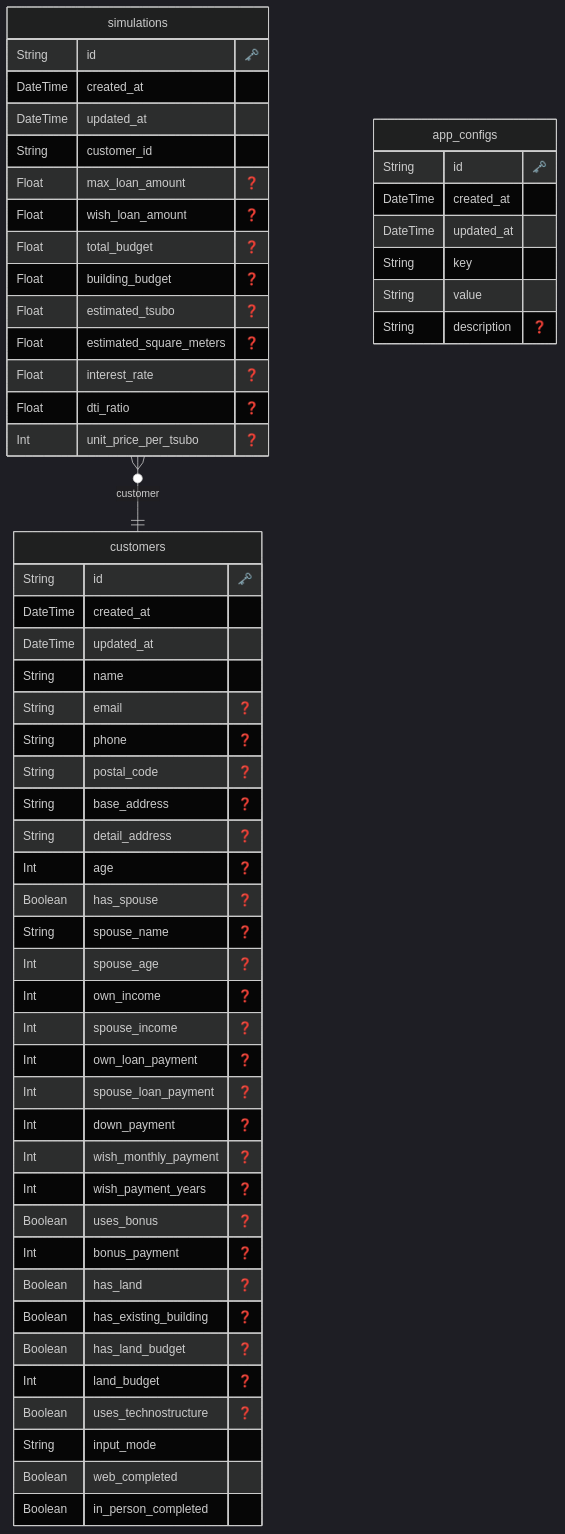
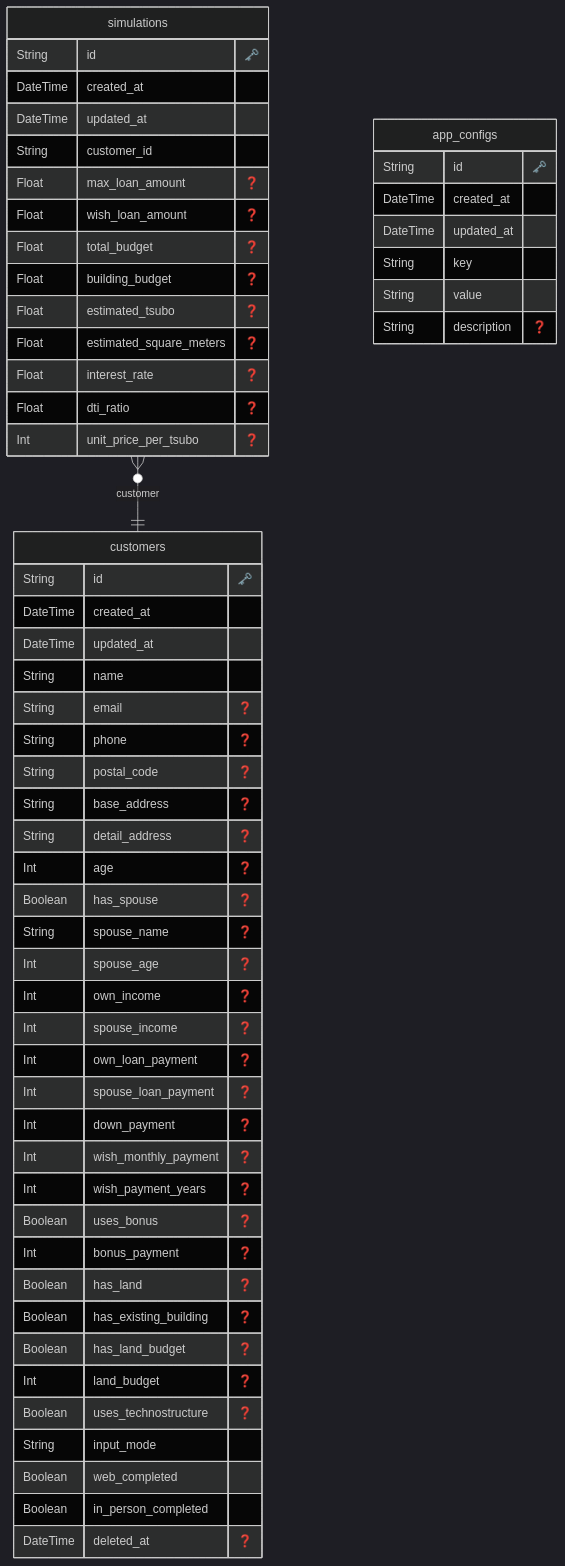
The diagram in lib/generated/ERD.md (Scarlet1107/mitsumori-gate), drawn with Mermaid (dark theme) before and after one commit. The commit also changed 12 other files, not shown here.

````diff
--- a/lib/generated/ERD.md
+++ b/lib/generated/ERD.md
@@ -1,65 +1,66 @@
 ```mermaid
 erDiagram
 
   "customers" {
     String id "🗝️"
     DateTime created_at 
     DateTime updated_at 
     String name 
     String email "❓"
     String phone "❓"
     String postal_code "❓"
     String base_address "❓"
     String detail_address "❓"
     Int age "❓"
     Boolean has_spouse "❓"
     String spouse_name "❓"
     Int spouse_age "❓"
     Int own_income "❓"
     Int spouse_income "❓"
     Int own_loan_payment "❓"
     Int spouse_loan_payment "❓"
     Int down_payment "❓"
     Int wish_monthly_payment "❓"
     Int wish_payment_years "❓"
     Boolean uses_bonus "❓"
     Int bonus_payment "❓"
     Boolean has_land "❓"
     Boolean has_existing_building "❓"
     Boolean has_land_budget "❓"
     Int land_budget "❓"
     Boolean uses_technostructure "❓"
     String input_mode 
     Boolean web_completed 
     Boolean in_person_completed 
+    DateTime deleted_at "❓"
     }
   
 
   "simulations" {
     String id "🗝️"
     DateTime created_at 
     DateTime updated_at 
     String customer_id 
     Float max_loan_amount "❓"
     Float wish_loan_amount "❓"
     Float total_budget "❓"
     Float building_budget "❓"
     Float estimated_tsubo "❓"
     Float estimated_square_meters "❓"
     Float interest_rate "❓"
     Float dti_ratio "❓"
     Int unit_price_per_tsubo "❓"
     }
   
 
   "app_configs" {
     String id "🗝️"
     DateTime created_at 
     DateTime updated_at 
     String key 
     String value 
     String description "❓"
     }
   
     "simulations" }o--|| customers : "customer"
 ```
````
